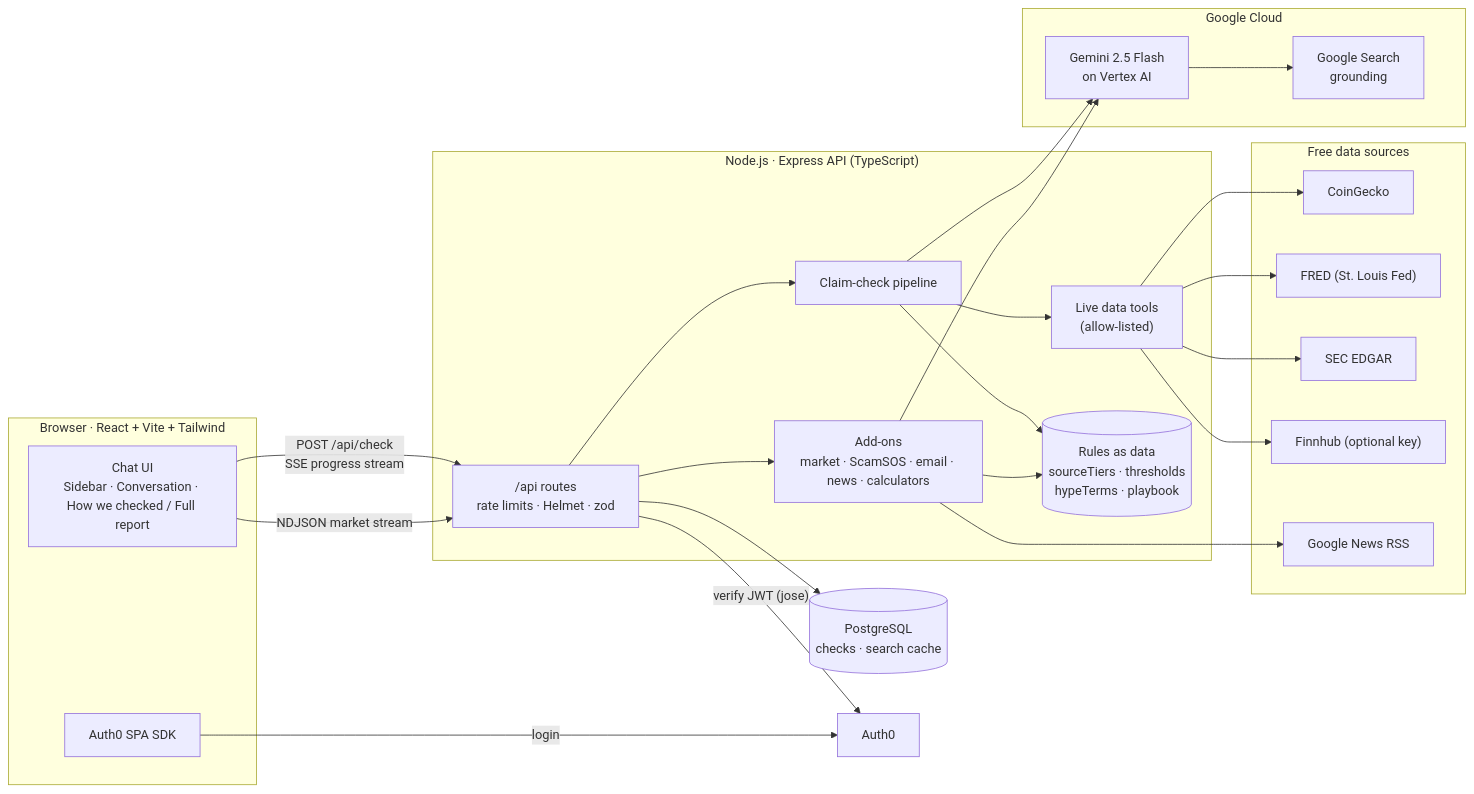
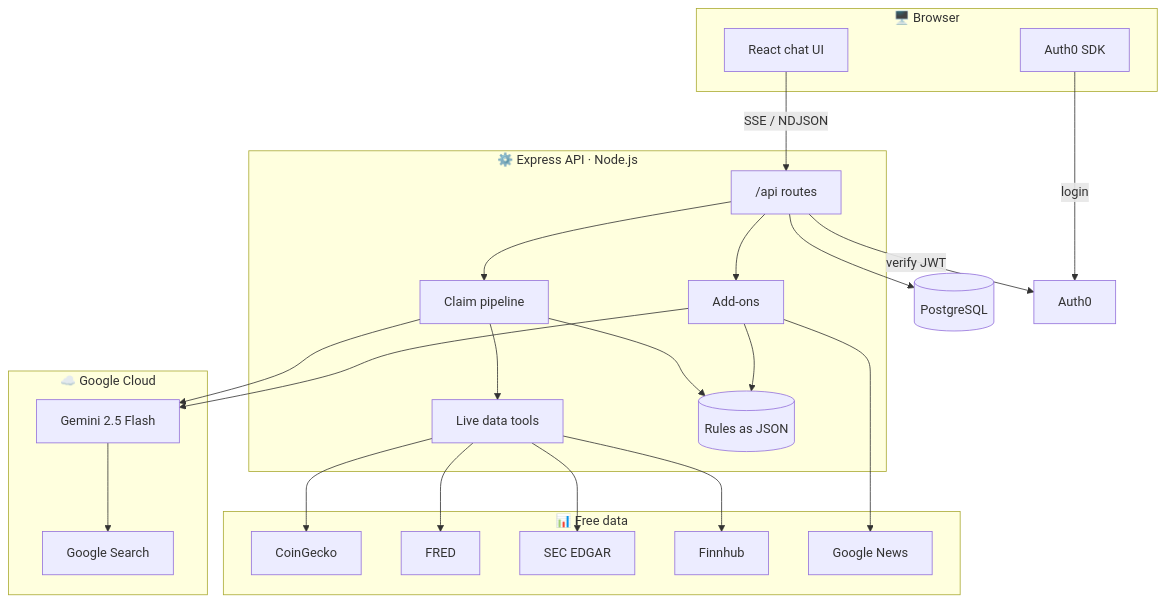
Before and after one commit to karbaz017/trustcheck: the first of 2 diagrams in README.md, drawn with Mermaid. The commit also changed other lines of this file, not shown here.

Commit message:
README: readable diagrams on GitHub (top-down layout, short labels)

````diff
--- a/README.md
+++ b/README.md
@@ -109,46 +109,49 @@
 ```mermaid
-flowchart LR
-  subgraph Browser["Browser · React + Vite + Tailwind"]
-    UI["Chat UI<br/>Sidebar · Conversation · How we checked / Full report"]
-    A0["Auth0 SPA SDK"]
+flowchart TB
+  subgraph B["🖥️ Browser"]
+    UI["React chat UI"]
+    A0["Auth0 SDK"]
   end
 
-  subgraph Server["Node.js · Express API (TypeScript)"]
-    API["/api routes<br/>rate limits · Helmet · zod"]
-    PIPE["Claim-check pipeline"]
-    ADD["Add-ons<br/>market · ScamSOS · email · news · calculators"]
-    TOOLS["Live data tools<br/>(allow-listed)"]
-    CFG[("Rules as data<br/>sourceTiers · thresholds<br/>hypeTerms · playbook")]
+  subgraph S["⚙️ Express API · Node.js"]
+    API["/api routes"]
+    PIPE["Claim pipeline"]
+    ADD["Add-ons"]
+    TOOLS["Live data tools"]
+    CFG[("Rules as JSON")]
   end
 
-  subgraph Google["Google Cloud"]
-    VX["Gemini 2.5 Flash<br/>on Vertex AI"]
-    GS["Google Search<br/>grounding"]
+  subgraph G["☁️ Google Cloud"]
+    VX["Gemini 2.5 Flash"]
+    GS["Google Search"]
   end
 
-  subgraph Data["Free data sources"]
+  subgraph D["📊 Free data"]
     CG["CoinGecko"]
-    FRED["FRED (St. Louis Fed)"]
+    FRED["FRED"]
     SEC["SEC EDGAR"]
-    FH["Finnhub (optional key)"]
-    GN["Google News RSS"]
+    FH["Finnhub"]
+    GN["Google News"]
   end
 
-  DB[("PostgreSQL<br/>checks · search cache")]
+  DB[("PostgreSQL")]
   AUTH["Auth0"]
 
-  UI -- "POST /api/check<br/>SSE progress stream" --> API
-  UI -- "NDJSON market stream" --> API
-  A0 -- "login" --> AUTH
-  API -- "verify JWT (jose)" --> AUTH
-  API --> PIPE & ADD
+  UI -->|"SSE / NDJSON"| API
+  A0 -->|"login"| AUTH
+  API -->|"verify JWT"| AUTH
+  API --> PIPE
+  API --> ADD
+  API --> DB
   PIPE --> VX
+  ADD --> VX
   VX --> GS
   PIPE --> TOOLS
-  ADD --> VX
-  TOOLS --> CG & FRED & SEC & FH
+  TOOLS --> CG
+  TOOLS --> FRED
+  TOOLS --> SEC
+  TOOLS --> FH
   ADD --> GN
   PIPE --> CFG
   ADD --> CFG
-  API --> DB
 ```
````
